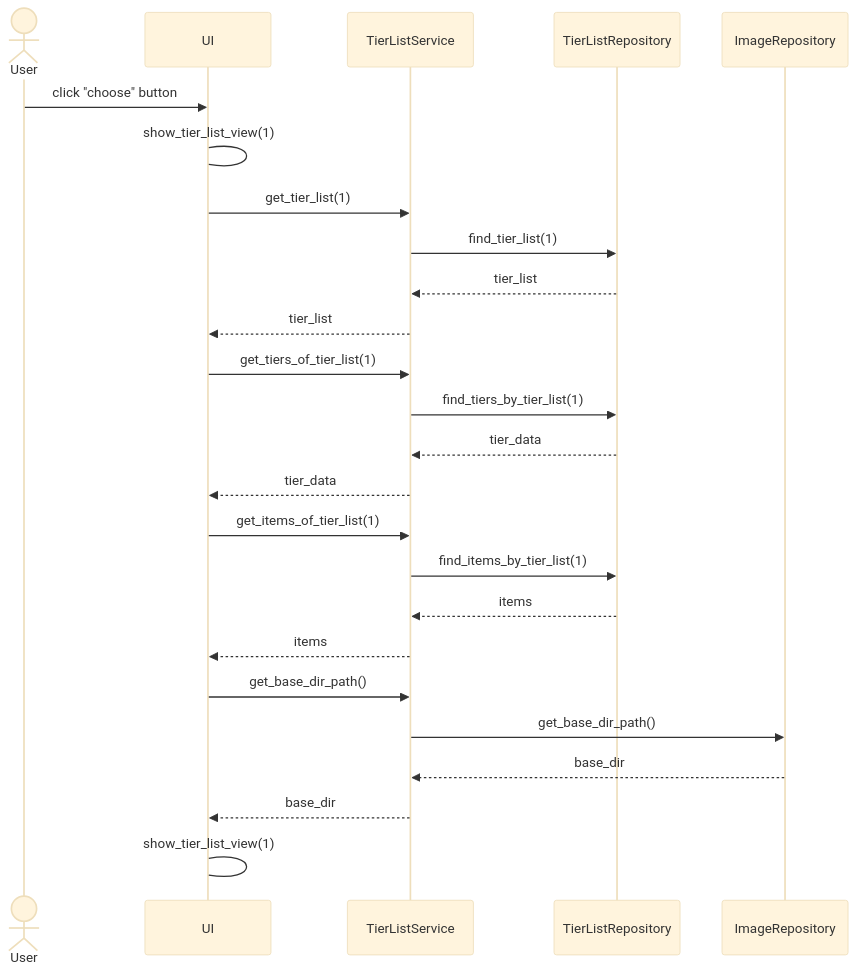
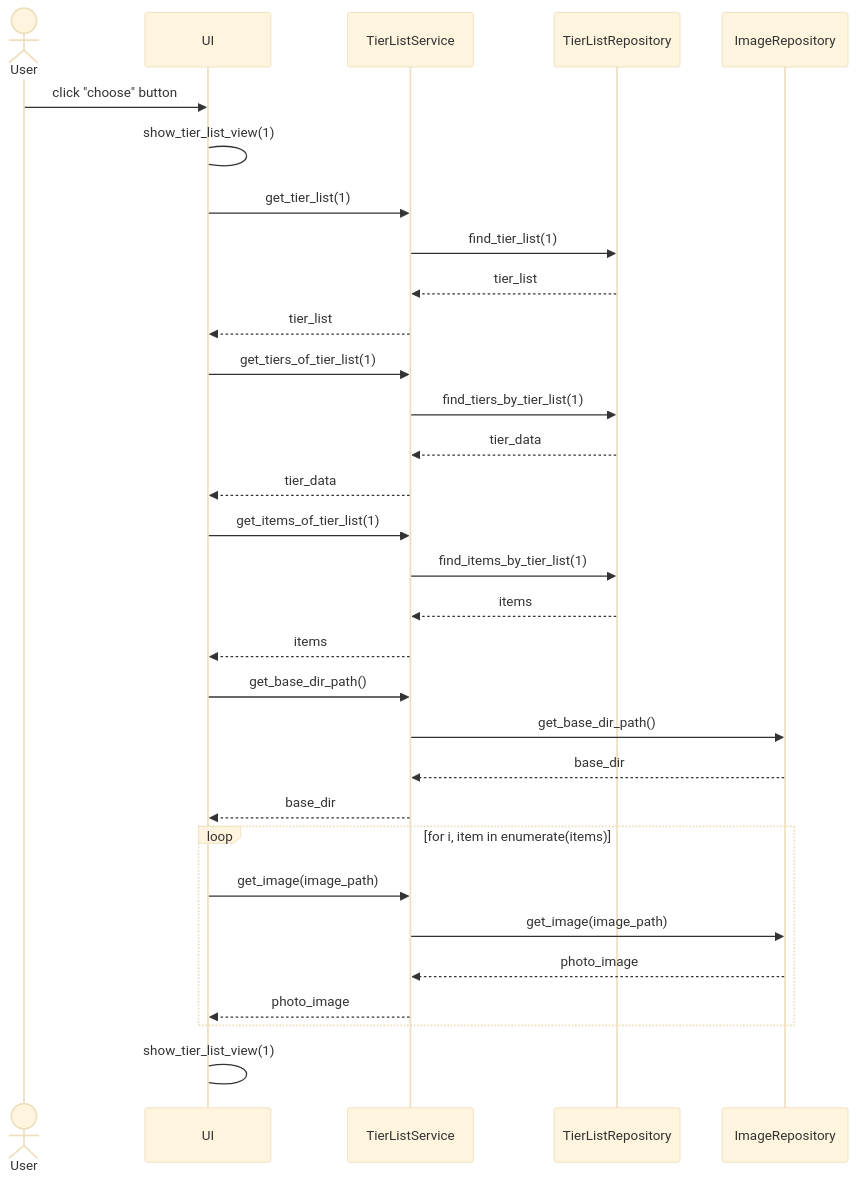
Before and after one commit to fialco/ot-harjoitustyo: the second of 4 diagrams in tier-list-app/dokumentaatio/arkkitehtuuri.md, drawn with Mermaid (base theme). The commit also changed other lines of this file and 2 other files, not shown here.

````diff
--- a/tier-list-app/dokumentaatio/arkkitehtuuri.md
+++ b/tier-list-app/dokumentaatio/arkkitehtuuri.md
@@ -88,27 +88,33 @@
 ```mermaid
 sequenceDiagram
   actor User
   participant UI
   participant TierListService
   participant TierListRepository
   participant ImageRepository
   User->>UI: click "choose" button
   UI->UI: show_tier_list_view(1)
   UI->>TierListService: get_tier_list(1)
   TierListService->>TierListRepository: find_tier_list(1)
   TierListRepository-->>TierListService: tier_list
   TierListService-->>UI: tier_list
   UI->>TierListService: get_tiers_of_tier_list(1)
   TierListService->>TierListRepository: find_tiers_by_tier_list(1)
   TierListRepository-->>TierListService: tier_data
   TierListService-->>UI: tier_data
   UI->>TierListService: get_items_of_tier_list(1)
   TierListService->>TierListRepository: find_items_by_tier_list(1)
   TierListRepository-->>TierListService: items
   TierListService-->>UI: items
   UI->>TierListService: get_base_dir_path()
   TierListService->>ImageRepository: get_base_dir_path()
   ImageRepository-->>TierListService: base_dir
   TierListService-->>UI: base_dir
+  loop for i, item in enumerate(items)
+    UI->>TierListService: get_image(image_path)
+    TierListService->>ImageRepository: get_image(image_path)
+    ImageRepository-->>TierListService: photo_image
+    TierListService-->>UI: photo_image
+  end
   UI->UI: show_tier_list_view(1)
 ```
````
